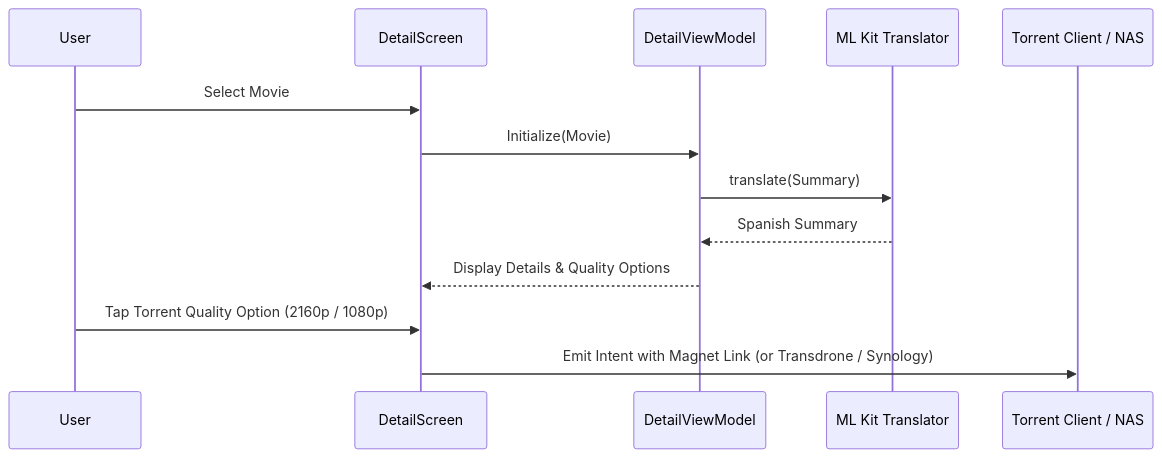
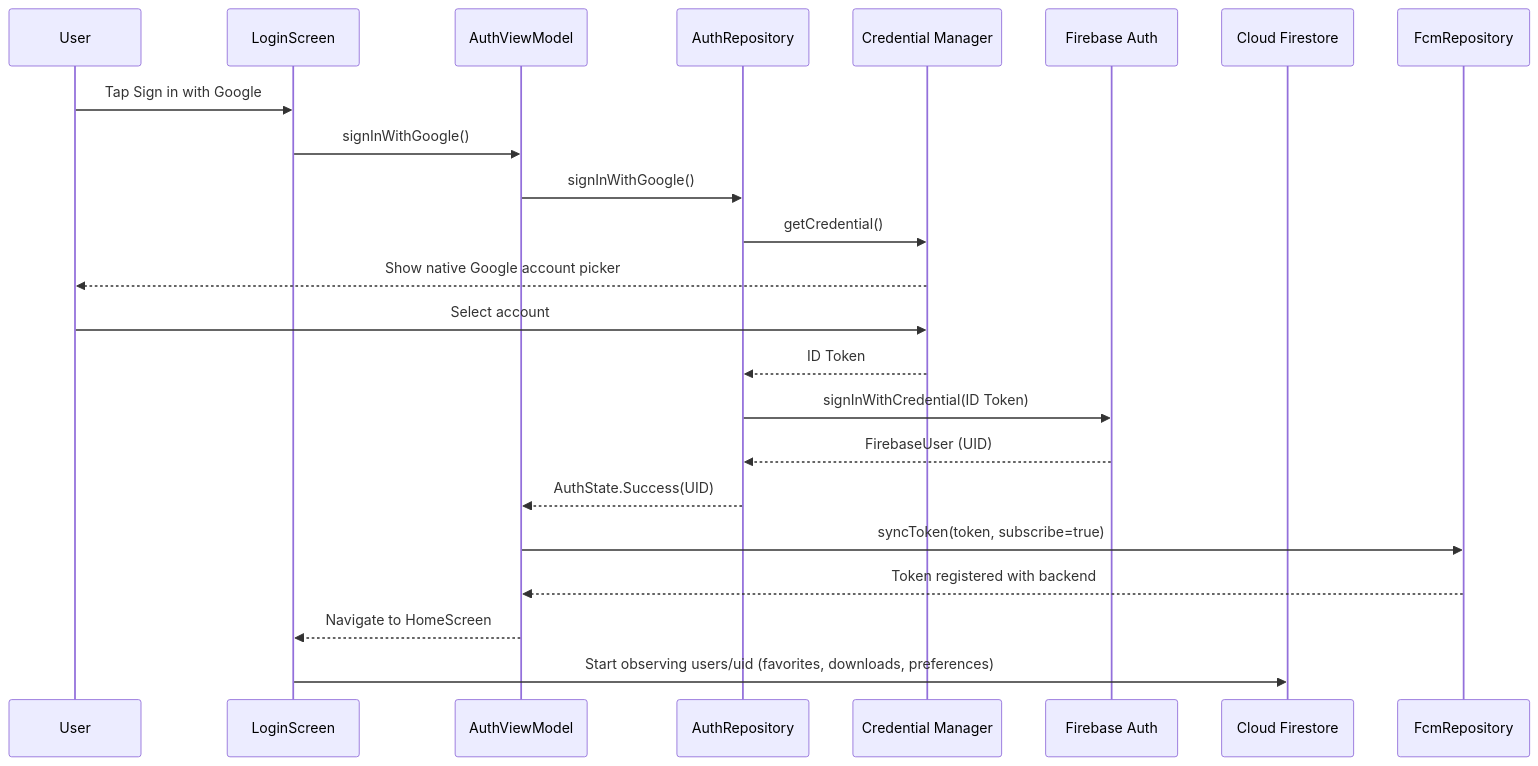
The seventh of 8 diagrams in ARCHITECTURE.md (martinrevert/LaTorrentola), drawn with Mermaid before and after one commit. The commit also changed other lines of this file and 2 other files, not shown here.

Commit message:
Enhance documentation for in-app torrent handling, playback, and subtitle management

````diff
--- a/ARCHITECTURE.md
+++ b/ARCHITECTURE.md
@@ -234,16 +369,26 @@
 ```mermaid
 sequenceDiagram
     participant U as User
-    participant DS as DetailScreen
-    participant VM as DetailViewModel
-    participant MLK as ML Kit Translator
-    participant EXT as Torrent Client / NAS
+    participant LS as LoginScreen
+    participant VM as AuthViewModel
+    participant R as AuthRepository
+    participant CM as Credential Manager
+    participant FA as Firebase Auth
+    participant FS as Cloud Firestore
+    participant FCM as FcmRepository
 
-    U->>DS: Select Movie
-    DS->>VM: Initialize(Movie)
-    VM->>MLK: translate(Summary)
-    MLK-->>VM: Spanish Summary
-    VM-->>DS: Display Details & Quality Options
-    U->>DS: Tap Torrent Quality Option (2160p / 1080p)
-    DS->>EXT: Emit Intent with Magnet Link (or Transdrone / Synology)
+    U->>LS: Tap Sign in with Google
+    LS->>VM: signInWithGoogle()
+    VM->>R: signInWithGoogle()
+    R->>CM: getCredential()
+    CM-->>U: Show native Google account picker
+    U->>CM: Select account
+    CM-->>R: ID Token
+    R->>FA: signInWithCredential(ID Token)
+    FA-->>R: FirebaseUser (UID)
+    R-->>VM: AuthState.Success(UID)
+    VM->>FCM: syncToken(token, subscribe=true)
+    FCM-->>VM: Token registered with backend
+    VM-->>LS: Navigate to HomeScreen
+    LS->>FS: Start observing users/uid (favorites, downloads, preferences)
 ```
````
